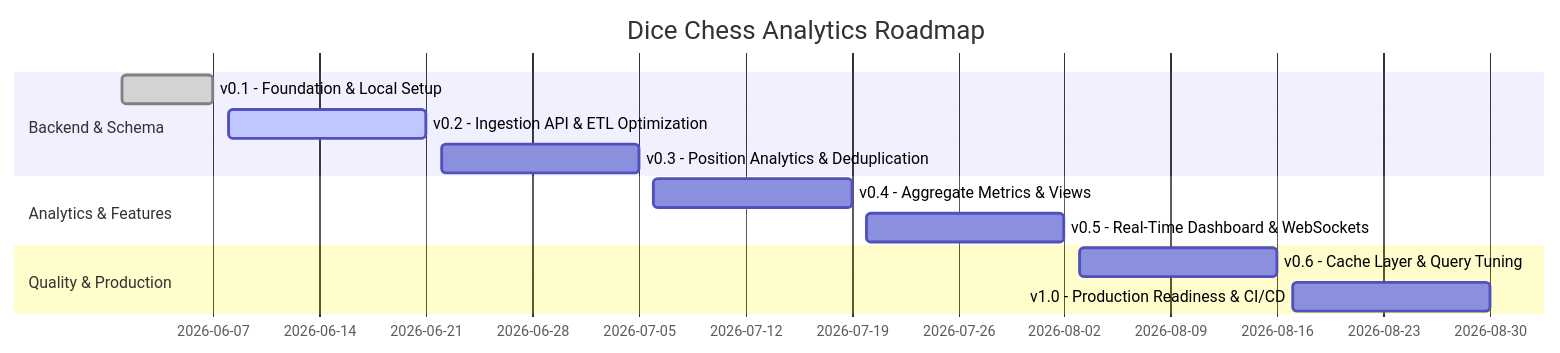
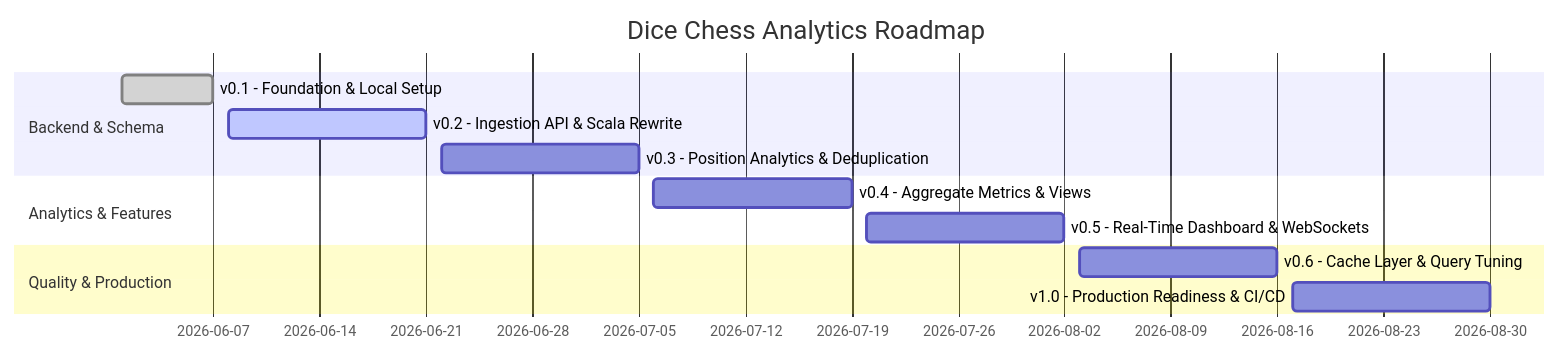
One commit to rabestro/dicechess-analytics changed the diagram in docs/src/content/docs/milestones.md. Above: the diagram before and after it, drawn with Mermaid. The commit also changed other lines of this file and 4 other files, not shown here.

````diff
--- a/docs/src/content/docs/milestones.md
+++ b/docs/src/content/docs/milestones.md
@@ -14,15 +14,15 @@
 ```mermaid
 gantt
     title Dice Chess Analytics Roadmap
     dateFormat  YYYY-MM-DD
     section Backend & Schema
     v0.1 - Foundation & Local Setup         :done,    des1, 2026-06-01, 2026-06-07
-    v0.2 - Ingestion API & ETL Optimization  :active,  des2, 2026-06-08, 2026-06-21
+    v0.2 - Ingestion API & Scala Rewrite      :active,  des2, 2026-06-08, 2026-06-21
     v0.3 - Position Analytics & Deduplication :         des3, 2026-06-22, 2026-07-05
     section Analytics & Features
     v0.4 - Aggregate Metrics & Views         :         des4, 2026-07-06, 2026-07-19
     v0.5 - Real-Time Dashboard & WebSockets  :         des5, 2026-07-20, 2026-08-02
     section Quality & Production
     v0.6 - Cache Layer & Query Tuning        :         des6, 2026-08-03, 2026-08-16
     v1.0 - Production Readiness & CI/CD      :         des7, 2026-08-17, 2026-08-30
 ```
````
